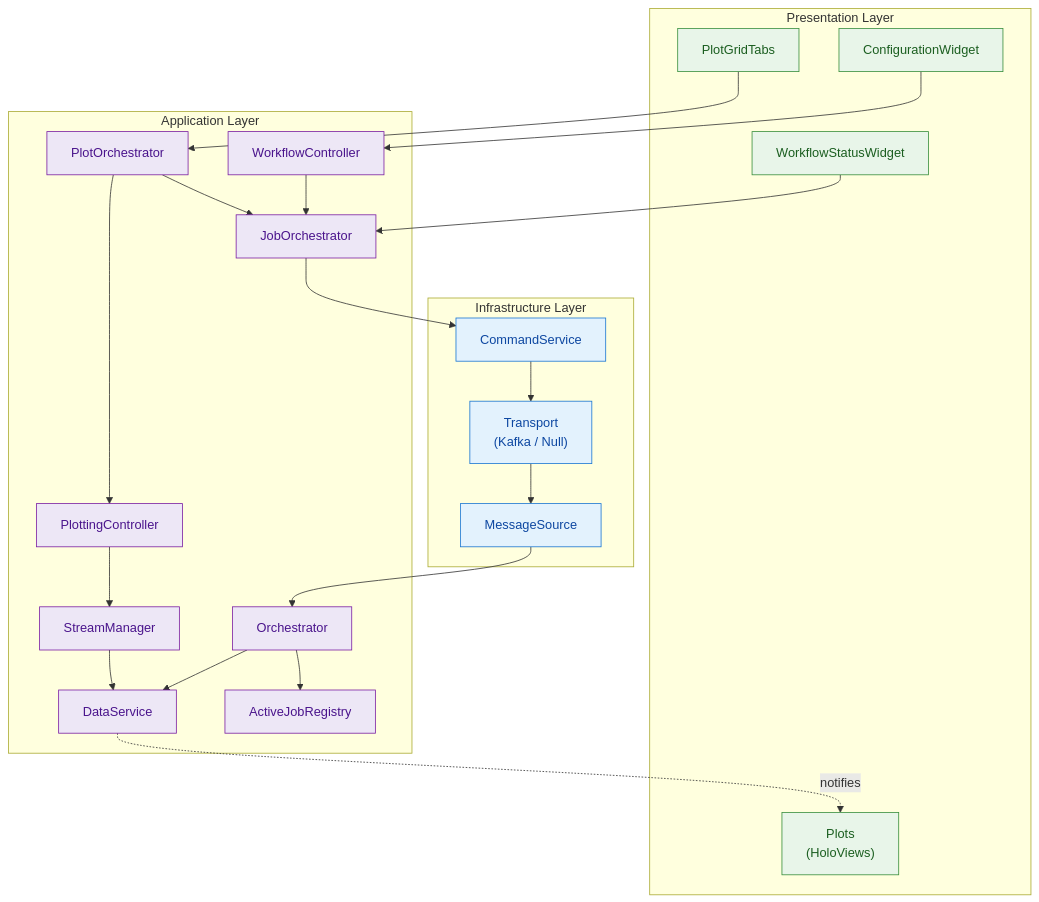
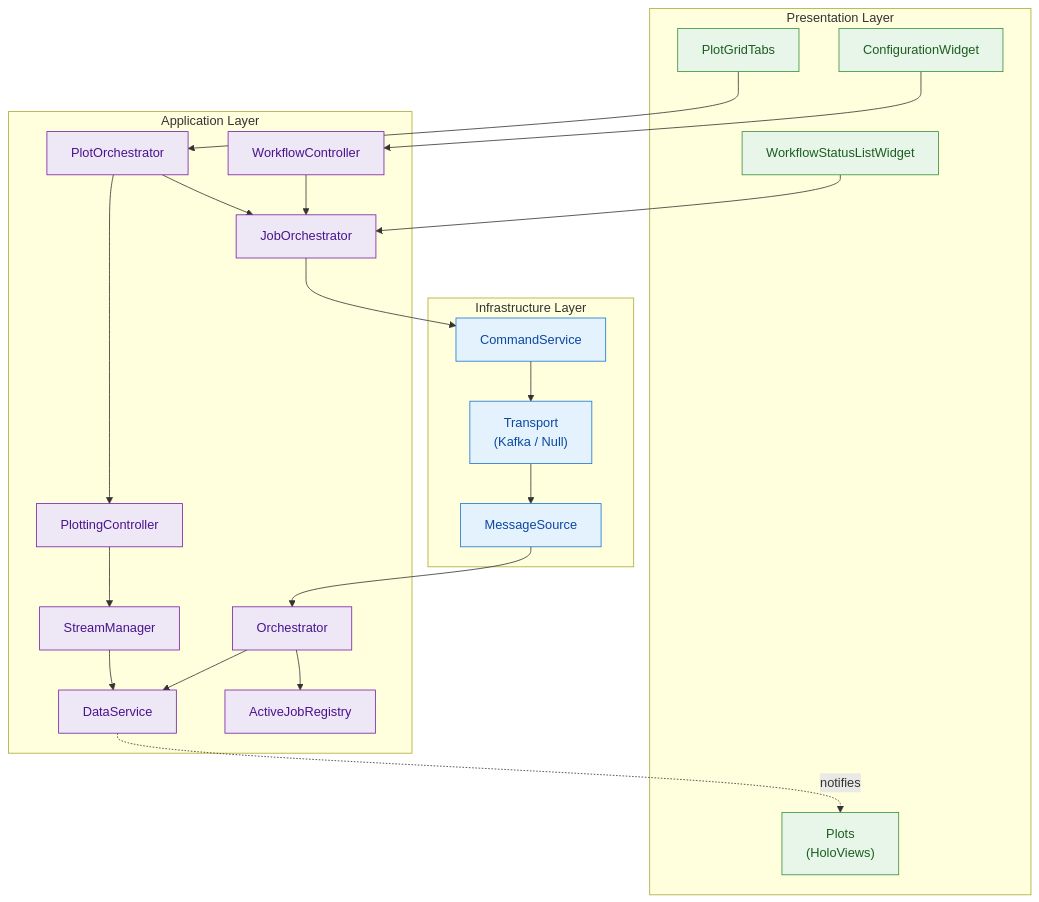
One commit to scipp/esslivedata changed the second of 7 diagrams in docs/developer/design/dashboard-architecture.md. Above: the diagram before and after it, drawn with Mermaid. The commit also changed 6 other files, not shown here.

First line of the commit message:
Fix stale docs and casing: branch, install flow, diagram label, prose

````diff
--- a/docs/developer/design/dashboard-architecture.md
+++ b/docs/developer/design/dashboard-architecture.md
@@ -52,49 +52,49 @@
 ```mermaid
 graph TD
     subgraph "Infrastructure Layer"
         T["Transport<br>(Kafka / Null)"]
         MS["MessageSource"]
         CS["CommandService"]
     end
 
     subgraph "Application Layer"
         O["Orchestrator"]
         DS["DataService"]
         JO["JobOrchestrator"]
         AJR["ActiveJobRegistry"]
         PO["PlotOrchestrator"]
         PC["PlottingController"]
         SM["StreamManager"]
         WC["WorkflowController"]
     end
 
     subgraph "Presentation Layer"
         PGT["PlotGridTabs"]
-        WSW["WorkflowStatusWidget"]
+        WSW["WorkflowStatusListWidget"]
         CW["ConfigurationWidget"]
         Plots["Plots<br>(HoloViews)"]
     end
 
     T --> MS
     MS --> O
     O --> DS
     O --> AJR
     CS --> T
     JO --> CS
     WC --> JO
     PO --> PC
     PC --> SM
     SM --> DS
     PO --> JO
     PGT --> PO
     WSW --> JO
     CW --> WC
     DS -.->|notifies| Plots
 
     classDef infra fill:#e3f2fd,stroke:#1976d2,color:#0d47a1;
     classDef app fill:#ede7f6,stroke:#7b1fa2,color:#4a148c;
     classDef presentation fill:#e8f5e9,stroke:#388e3c,color:#1b5e20;
     class T,MS,CS infra;
     class O,DS,JO,AJR,PO,PC,SM,WC app;
     class PGT,WSW,CW,Plots presentation;
 ```
````
